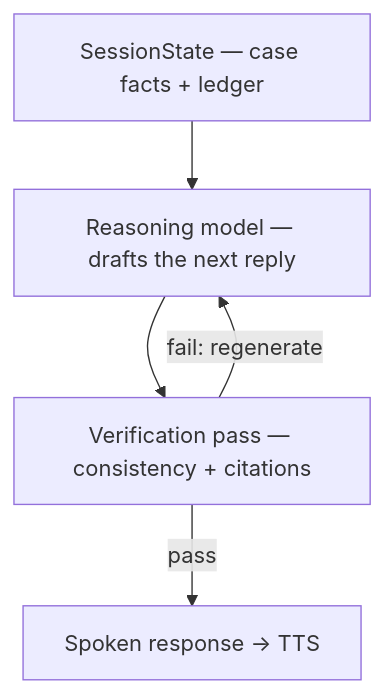
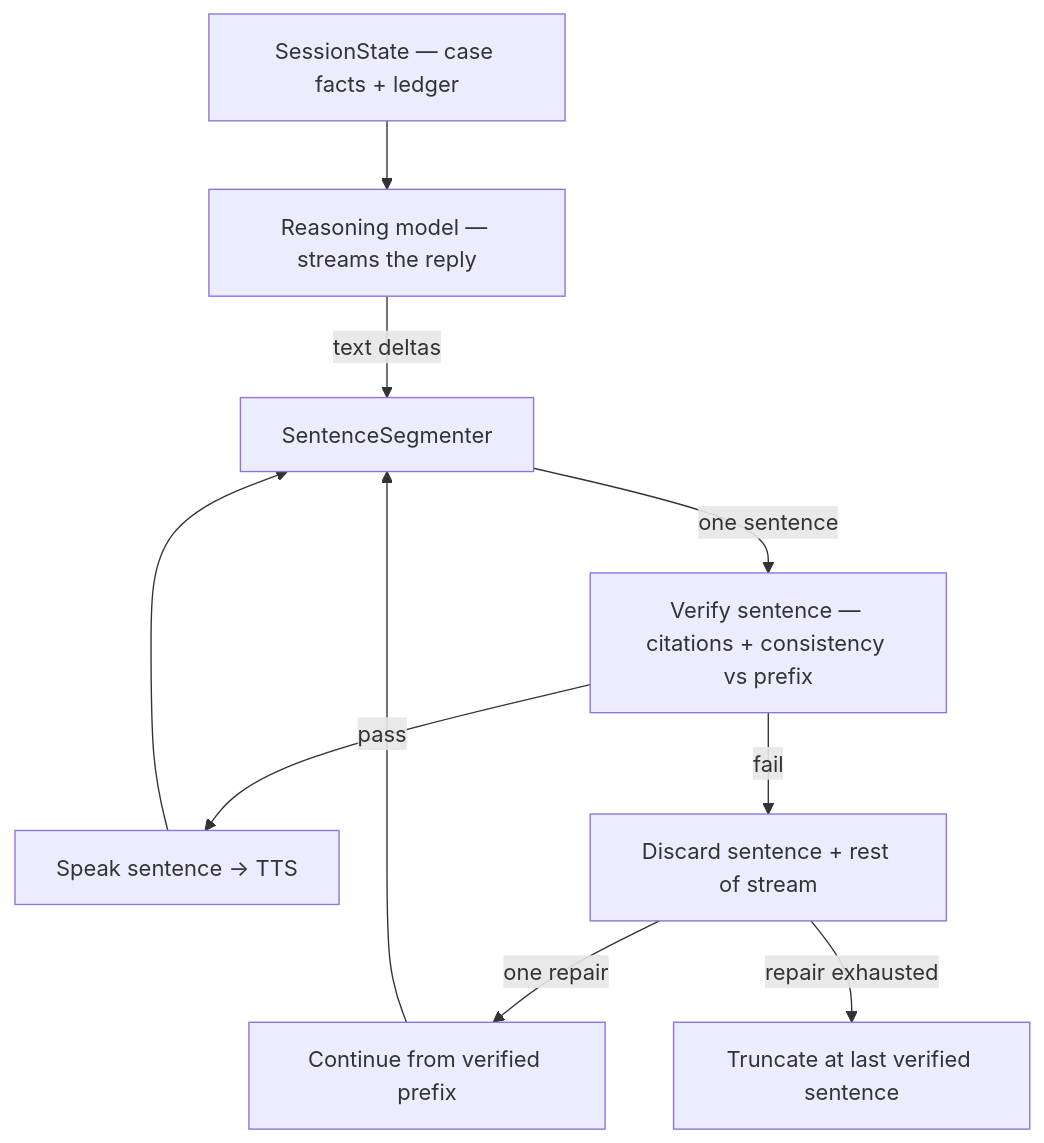
One commit to ajalcance/lexpar-ai changed the second of 2 diagrams in docs/ARCHITECTURE.md. Above: the diagram before and after it, drawn with Mermaid. The commit also changed other lines of this file and 7 other files, not shown here.

````diff
--- a/docs/ARCHITECTURE.md
+++ b/docs/ARCHITECTURE.md
@@ -284,7 +296,10 @@
 ```mermaid
 flowchart TB
-    S[SessionState — case facts + ledger] --> R[Reasoning model — drafts the next reply]
-    R --> V[Verification pass — consistency + citations]
-    V -- fail: regenerate --> R
-    V -- pass --> T[Spoken response → TTS]
+    S[SessionState — case facts + ledger] --> R[Reasoning model — streams the reply]
+    R -- text deltas --> G[SentenceSegmenter]
+    G -- one sentence --> V[Verify sentence — citations + consistency vs prefix]
+    V -- pass --> T[Speak sentence → TTS] --> G
+    V -- fail --> X[Discard sentence + rest of stream]
+    X -- one repair --> C[Continue from verified prefix] --> G
+    X -- repair exhausted --> E[Truncate at last verified sentence]
 ```
````
